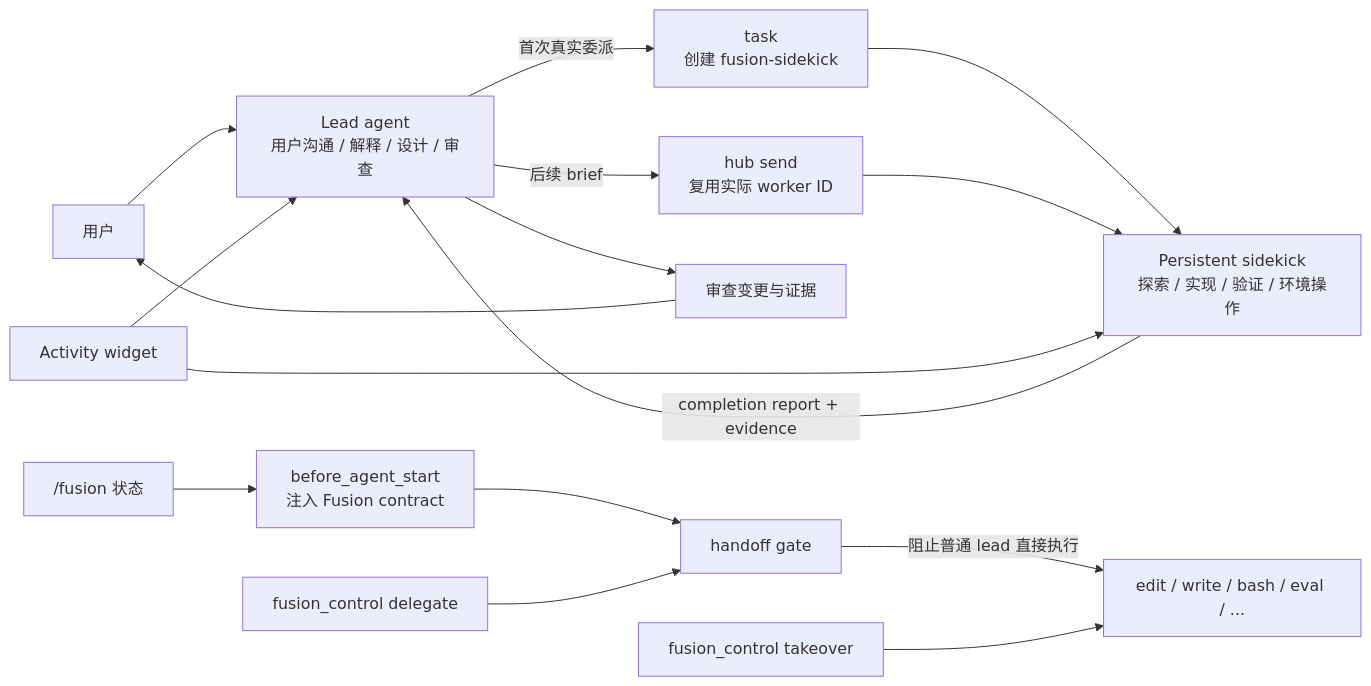
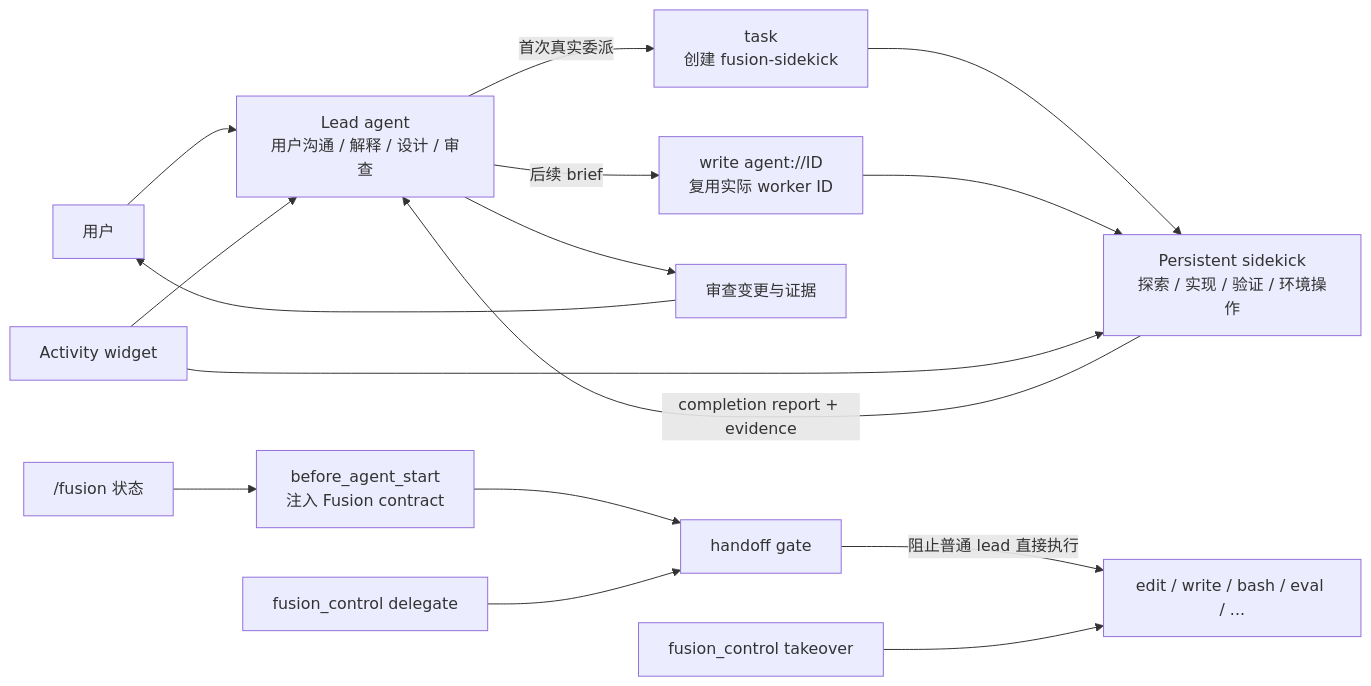
One commit to Aono255/omp-fusion changed the diagram in README.zh-CN.md. Above: the diagram before and after it, drawn with Mermaid. The commit also changed other lines of this file and 6 other files, not shown here.

````diff
--- a/README.zh-CN.md
+++ b/README.zh-CN.md
@@ -79,19 +79,19 @@
 ```mermaid
 flowchart LR
     U["用户"] --> L["Lead agent<br/>用户沟通 / 解释 / 设计 / 审查"]
     L -->|首次真实委派| T["task<br/>创建 fusion-sidekick"]
     T --> S["Persistent sidekick<br/>探索 / 实现 / 验证 / 环境操作"]
-    L -->|后续 brief| H["hub send<br/>复用实际 worker ID"]
+    L -->|后续 brief| H["write agent://ID<br/>复用实际 worker ID"]
     H --> S
     S -->|completion report + evidence| L
     L --> R["审查变更与证据"]
     R --> U
 
     F["/fusion 状态"] --> P["before_agent_start<br/>注入 Fusion contract"]
     P --> G["handoff gate"]
     G -->|阻止普通 lead 直接执行| X["edit / write / bash / eval / ..."]
     C["fusion_control takeover"] --> X
     C2["fusion_control delegate"] --> G
     W["Activity widget"] --> L
     W --> S
 ```
````
